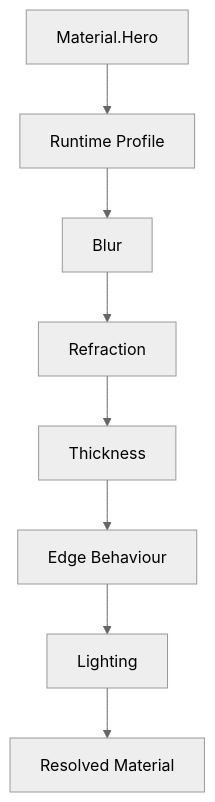
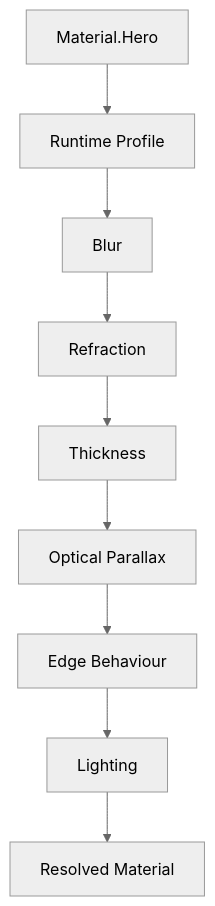
The fifth of 9 diagrams in docs/design/system/mds-003-material-system/10-runtime-material-resolution.md (mosaic-media/architecture), drawn with Mermaid (neutral theme) before and after one commit. The commit also changed other lines of this file and 12 other files, not shown here.

Commit message:
docs(mds-003): define refraction architecture

````diff
--- a/docs/design/system/mds-003-material-system/10-runtime-material-resolution.md
+++ b/docs/design/system/mds-003-material-system/10-runtime-material-resolution.md
@@ -296,20 +295,22 @@
 ```mermaid
 flowchart TD
 
 N1["Material.Hero"]
 N2["Runtime Profile"]
 N3["Blur"]
 N4["Refraction"]
 N5["Thickness"]
-N6["Edge Behaviour"]
-N7["Lighting"]
-N8["Resolved Material"]
+N6["Optical Parallax"]
+N7["Edge Behaviour"]
+N8["Lighting"]
+N9["Resolved Material"]
 
 N1 --> N2
 N2 --> N3
 N3 --> N4
 N4 --> N5
 N5 --> N6
 N6 --> N7
 N7 --> N8
+N8 --> N9
 ```
````
